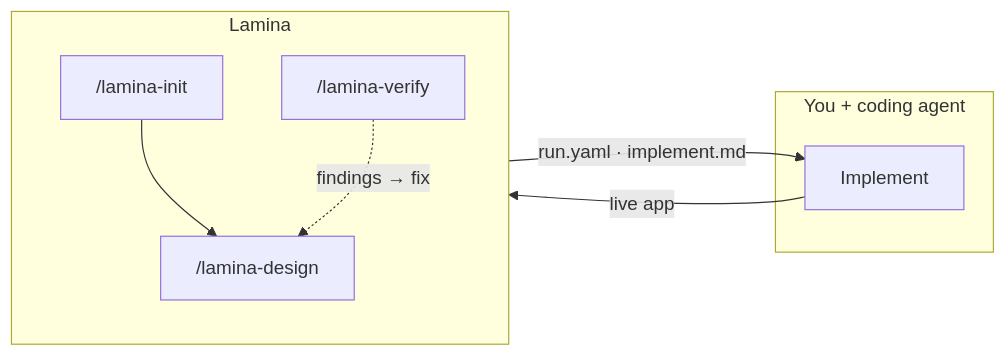
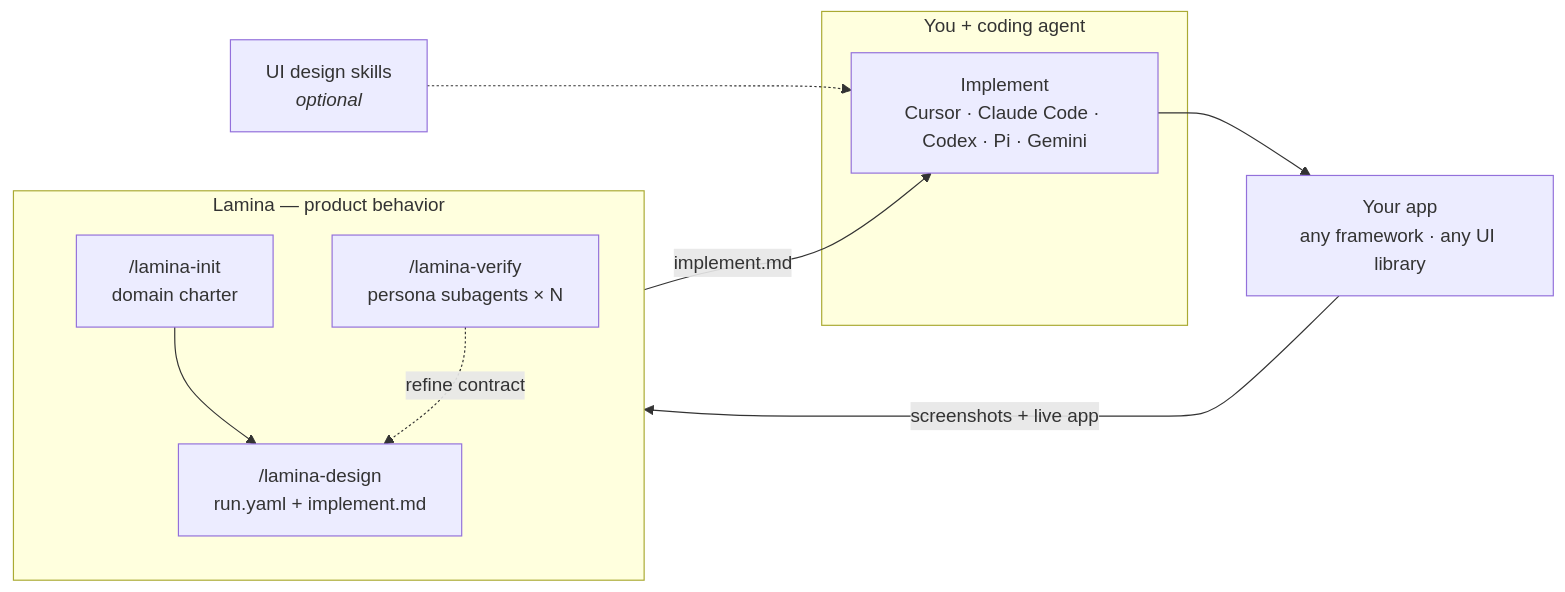
The diagram in README.md (aryaniyaps/lamina), drawn with Mermaid before and after one commit. The commit also changed other lines of this file and 25 other files, not shown here.

````diff
--- a/README.md
+++ b/README.md
@@ -45,18 +27,23 @@
 ```mermaid
 flowchart LR
-  subgraph lamina["Lamina"]
+  subgraph lamina["Lamina — product behavior"]
     direction TB
-    INIT["/lamina-init"]
-    DESIGN["/lamina-design"]
-    VERIFY["/lamina-verify"]
+    INIT["/lamina-init<br/>domain charter"]
+    DESIGN["/lamina-design<br/>run.yaml + implement.md"]
+    VERIFY["/lamina-verify<br/>persona subagents × N"]
+    INIT --> DESIGN
+    VERIFY -.->|"refine contract"| DESIGN
   end
 
   subgraph build["You + coding agent"]
-    IMPL["Implement"]
+    IMPL["Implement<br/>Cursor · Claude Code · Codex · Pi · Gemini"]
   end
 
-  INIT --> DESIGN
-  DESIGN -->|"run.yaml · implement.md"| IMPL
-  IMPL -->|"live app"| VERIFY
-  VERIFY -.->|"findings → fix"| DESIGN
+  APP["Your app<br/>any framework · any UI library"]
+
+  UI["UI design skills<br/><i>optional</i>"] -.-> IMPL
+
+  DESIGN -->|"implement.md"| IMPL
+  IMPL --> APP
+  APP -->|"screenshots + live app"| VERIFY
 ```
````
